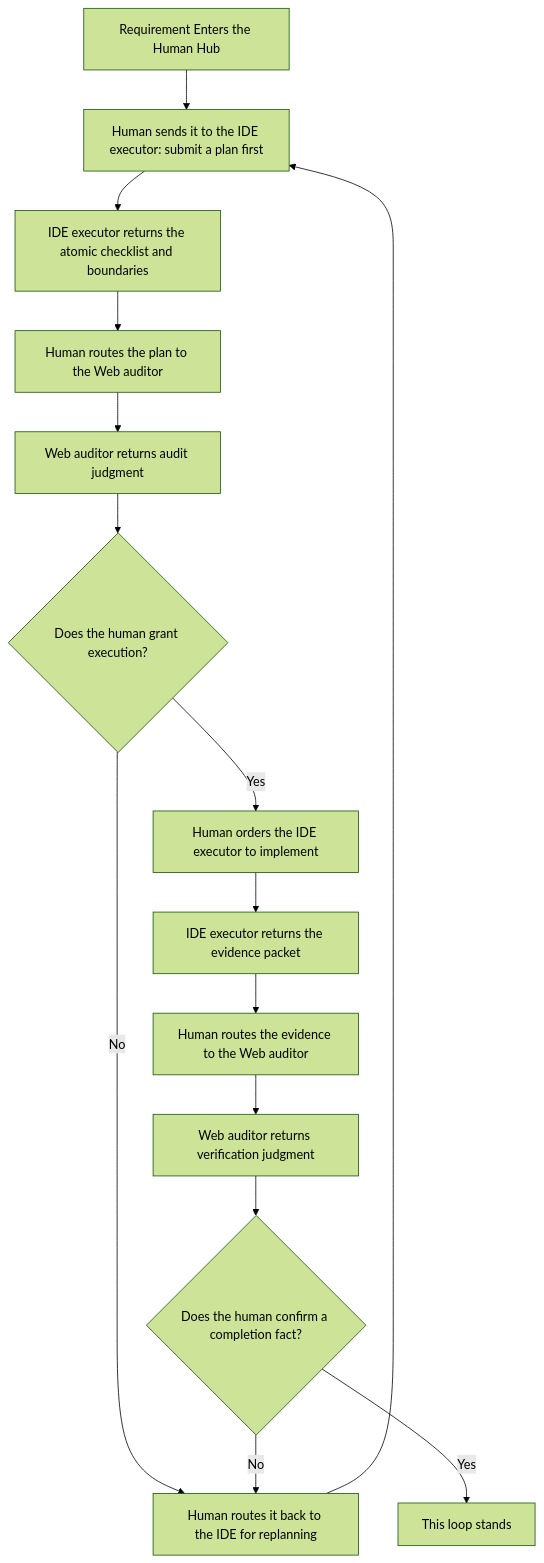
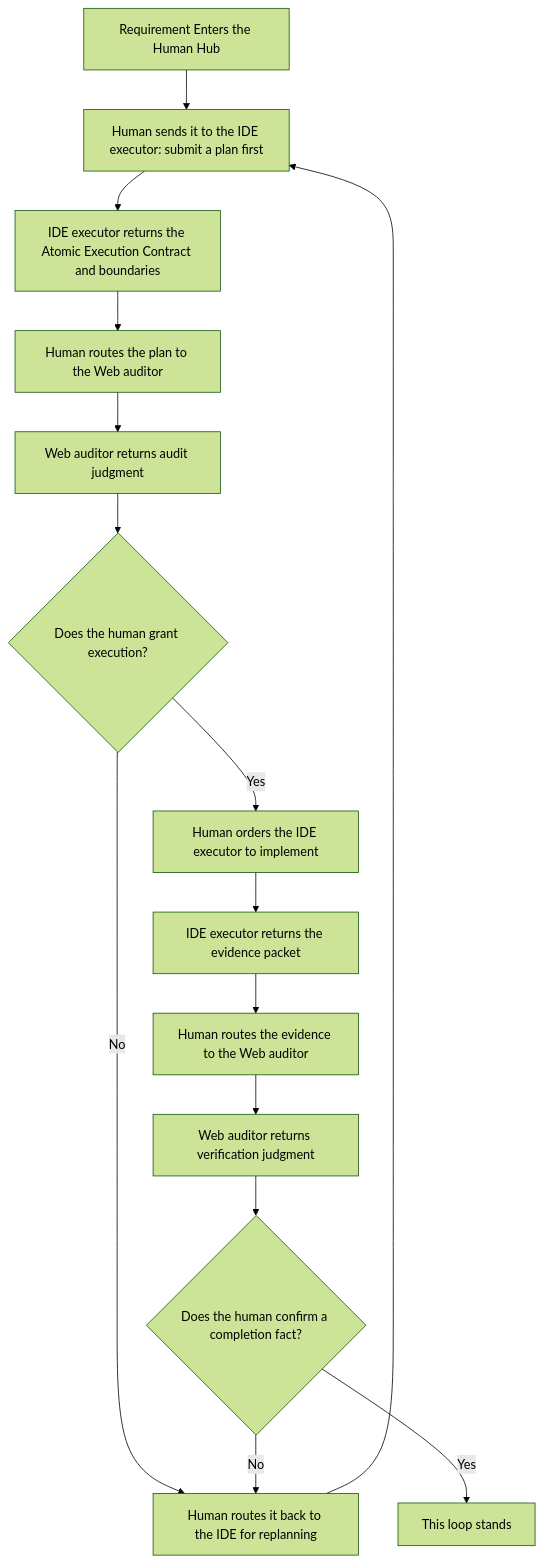
Before and after one commit to blackzhanzhan/Cyber-Ming-Protocol: the second of 2 diagrams in README.md, drawn with Mermaid (forest theme). The commit also changed other lines of this file and 48 other files, not shown here.

First line of the commit message:
Rename Atomic Execution Contract docs and law

````diff
--- a/README.md
+++ b/README.md
@@ -254,17 +254,17 @@
 ```mermaid
 graph TD
     A[Requirement Enters the Human Hub] --> B[Human sends it to the IDE executor: submit a plan first]
-    B --> C[IDE executor returns the atomic checklist and boundaries]
+    B --> C[IDE executor returns the Atomic Execution Contract and boundaries]
     C --> D[Human routes the plan to the Web auditor]
     D --> E[Web auditor returns audit judgment]
     E --> F{Does the human grant execution?}
     F -->|No| G[Human routes it back to the IDE for replanning]
     G --> B
     F -->|Yes| H[Human orders the IDE executor to implement]
     H --> I[IDE executor returns the evidence packet]
     I --> J[Human routes the evidence to the Web auditor]
     J --> K[Web auditor returns verification judgment]
     K --> L{Does the human confirm a completion fact?}
     L -->|No| G
     L -->|Yes| M[This loop stands]
 ```
````
